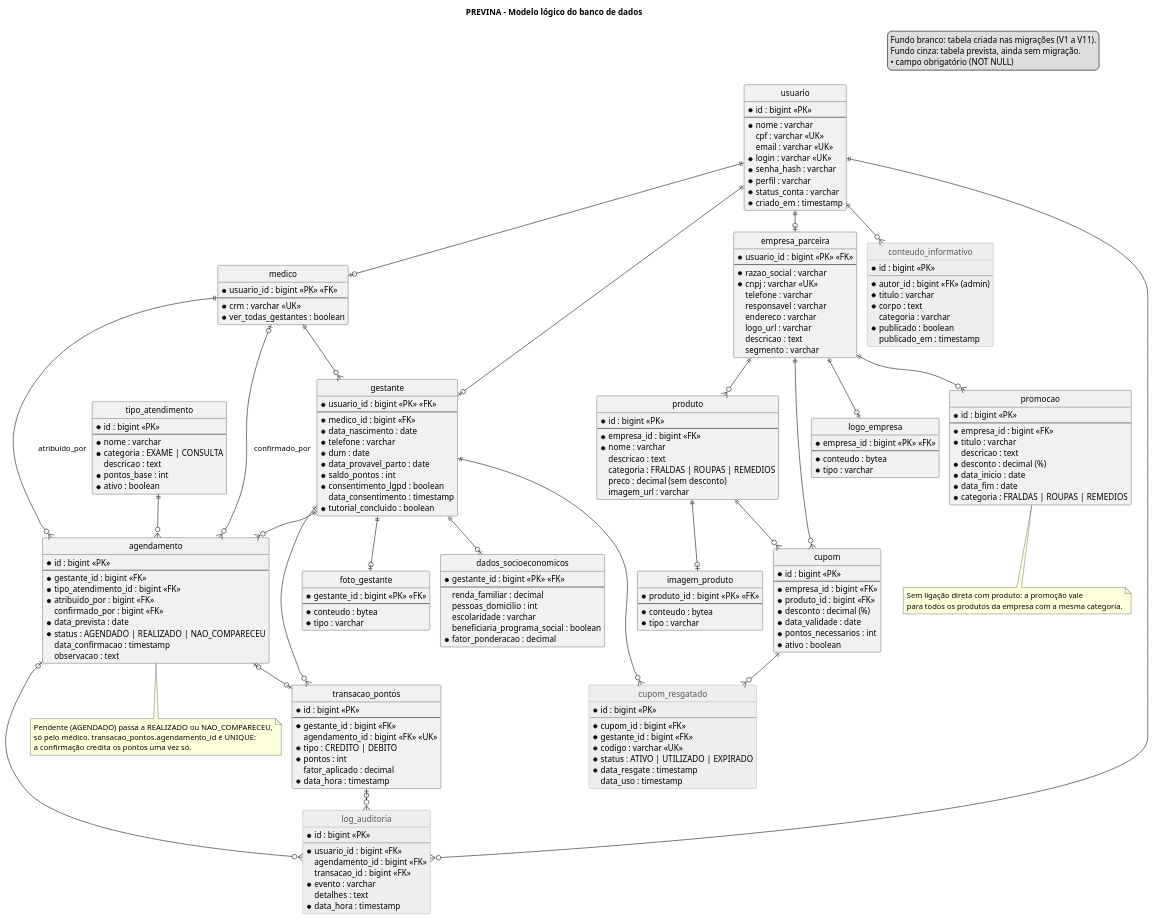
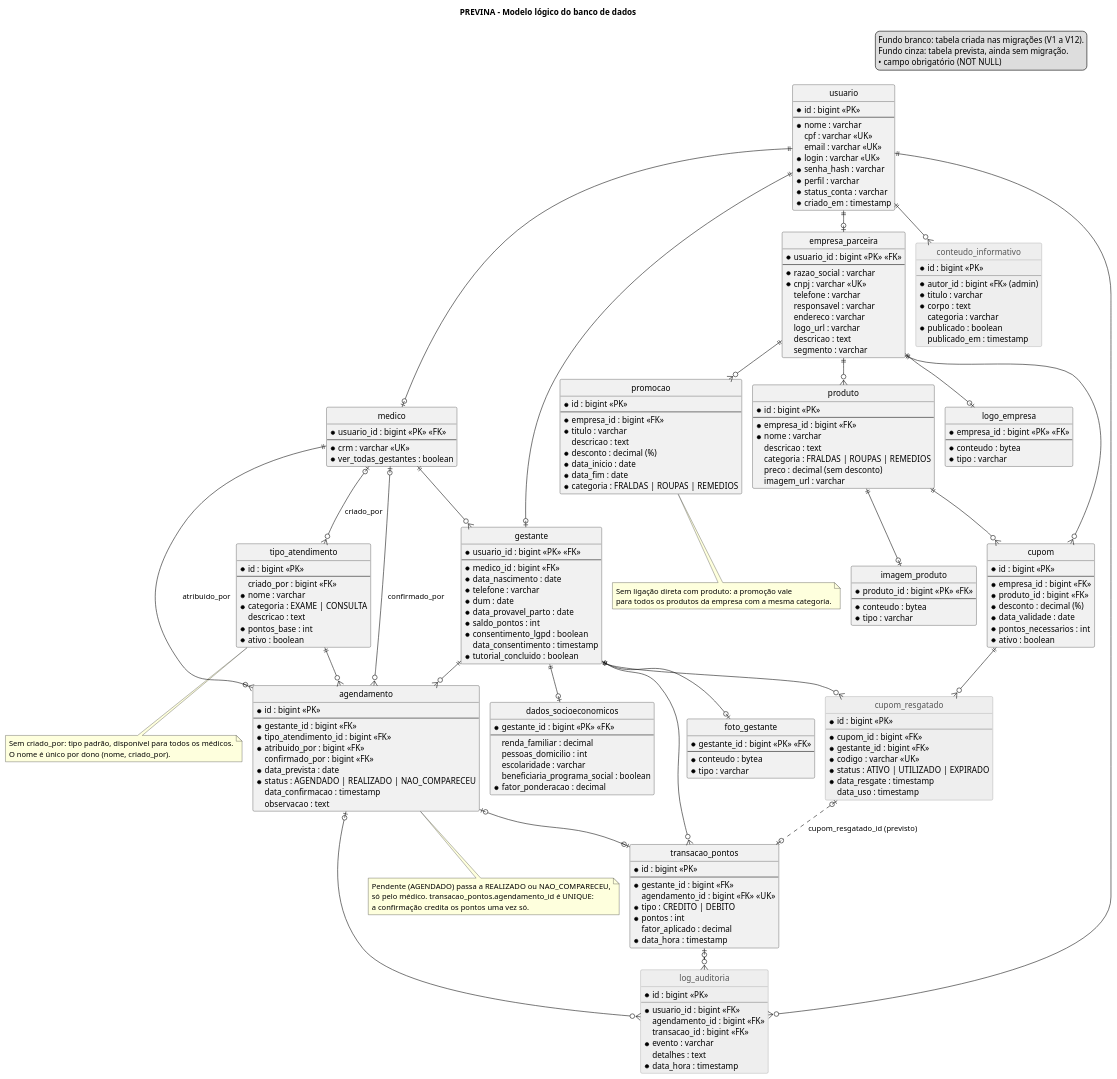
The diagram in docs/domain/dominio/dominio.puml (CozyShelf/previna-backend), drawn with PlantUML before and after one commit. The commit also changed 12 other files, not shown here.

First line of the commit message:
docs: align scheduling and points diagrams with the merged API

```diff
--- a/docs/domain/dominio/dominio.puml
+++ b/docs/domain/dominio/dominio.puml
@@ -10,7 +10,7 @@
 }
 
 legend top right
-  Fundo branco: tabela criada nas migrações (V1 a V11).
+  Fundo branco: tabela criada nas migrações (V1 a V12).
   Fundo cinza: tabela prevista, ainda sem migração.
   • campo obrigatório (NOT NULL)
 endlegend
@@ -130,6 +130,7 @@
 entity tipo_atendimento {
   * id : bigint <<PK>>
   --
+  criado_por : bigint <<FK>>
   * nome : varchar
   * categoria : EXAME | CONSULTA
   descricao : text
@@ -218,11 +219,18 @@
 tipo_atendimento ||--o{ agendamento
 medico ||--o{ agendamento : atribuido_por
 medico |o--o{ agendamento : confirmado_por
+medico |o--o{ tipo_atendimento : criado_por
 
 gestante ||--o{ transacao_pontos
 agendamento |o--o| transacao_pontos
+cupom_resgatado |o..o| transacao_pontos : cupom_resgatado_id (previsto)
 agendamento |o--o{ log_auditoria
 transacao_pontos |o--o{ log_auditoria
+
+note bottom of tipo_atendimento
+  Sem criado_por: tipo padrão, disponível para todos os médicos.
+  O nome é único por dono (nome, criado_por).
+end note
 
 note bottom of agendamento
   Pendente (AGENDADO) passa a REALIZADO ou NAO_COMPARECEU,
```
